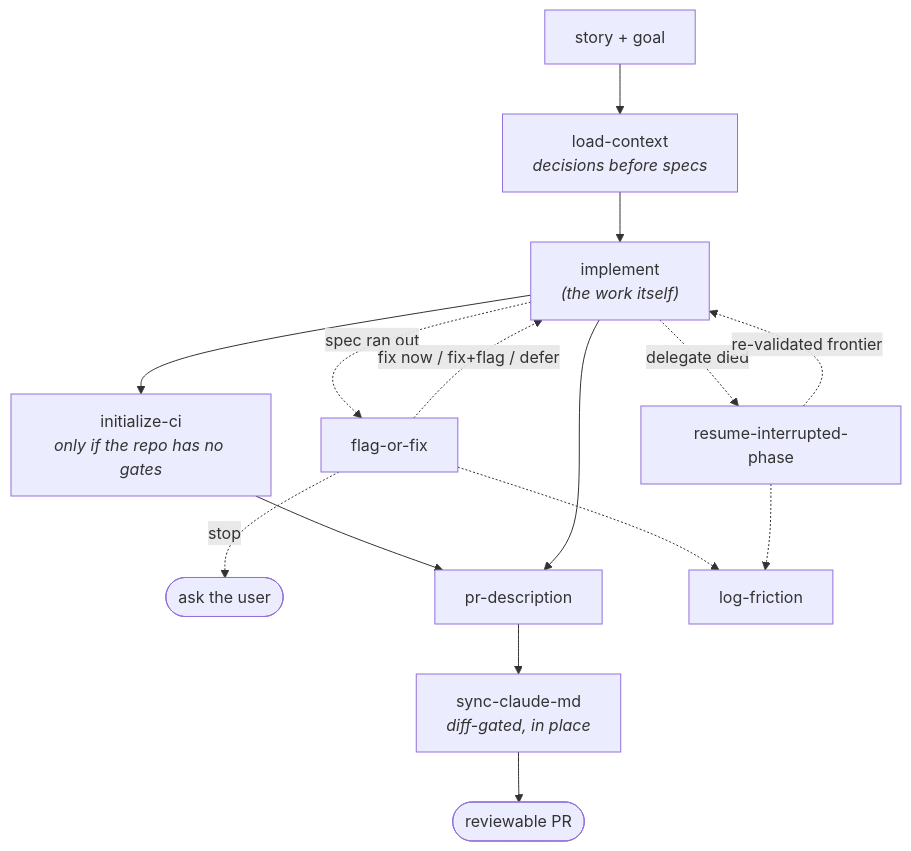
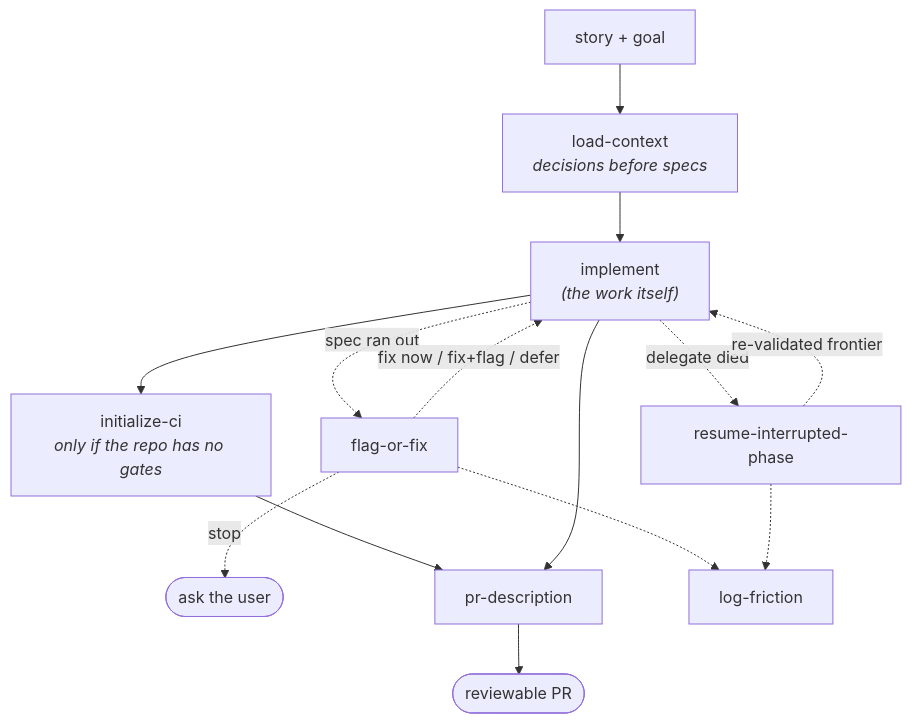
Before and after one commit to kumouri/claude-grimoire: the diagram in amphion/docs/pipeline.md, drawn with Mermaid. The commit also changed other lines of this file and 6 other files, not shown here.

First line of the commit message:
chore(amphion)!: retire sync-claude-md

````diff
--- a/amphion/docs/pipeline.md
+++ b/amphion/docs/pipeline.md
@@ -13,21 +13,20 @@
 ```mermaid
 flowchart TB
     START["story + goal"] --> LC["load-context<br/><i>decisions before specs</i>"]
     LC --> IMPL["implement<br/><i>(the work itself)</i>"]
 
     IMPL -.->|"spec ran out"| FOF["flag-or-fix"]
     FOF -.->|"fix now / fix+flag / defer"| IMPL
     FOF -.->|"stop"| USER(["ask the user"])
 
     IMPL -.->|"delegate died"| RIP["resume-interrupted-phase"]
     RIP -.->|"re-validated frontier"| IMPL
 
     IMPL --> CI["initialize-ci<br/><i>only if the repo has no gates</i>"]
     CI --> PR["pr-description"]
     IMPL --> PR
-    PR --> SYNC["sync-claude-md<br/><i>diff-gated, in place</i>"]
-    SYNC --> DONE(["reviewable PR"])
+    PR --> DONE(["reviewable PR"])
 
     FOF -.-> FRIC["log-friction"]
     RIP -.-> FRIC
 ```
````
